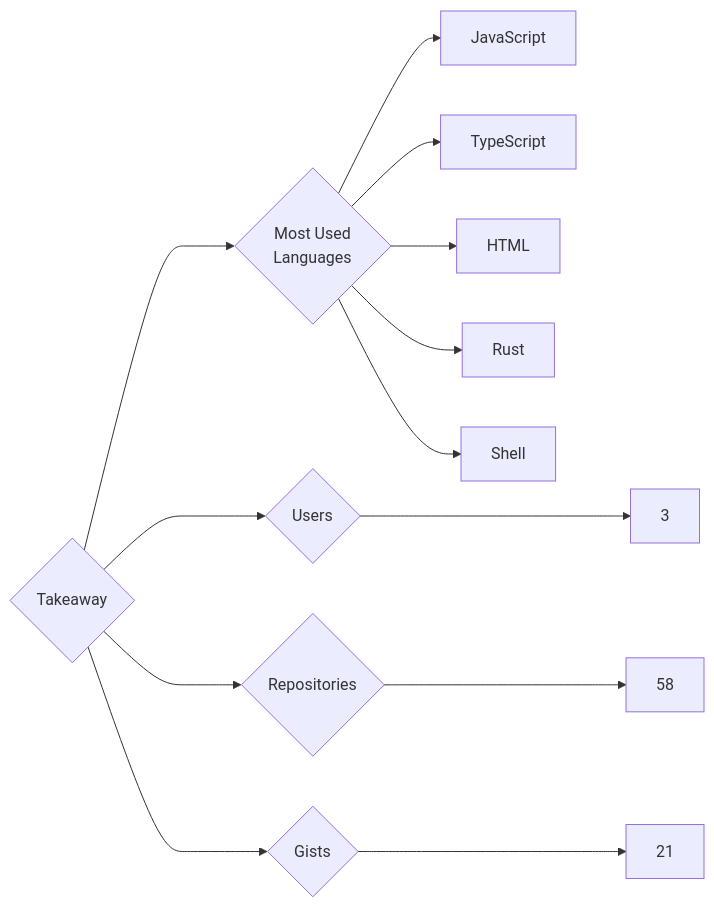
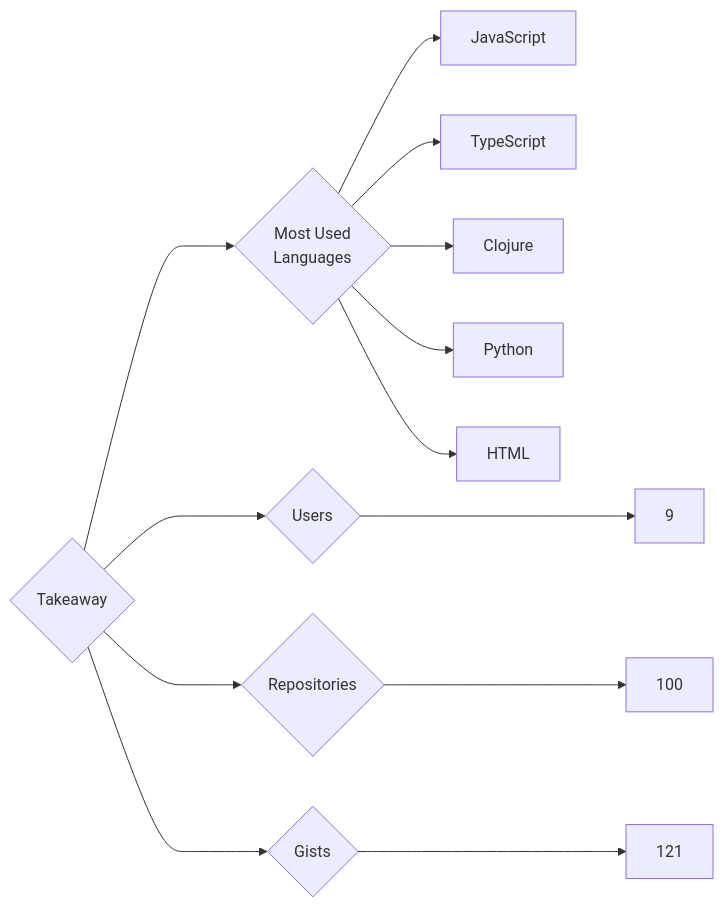
One commit to trickest/insiders changed the diagram in targets/Takeaway/README.md. Above: the diagram before and after it, drawn with Mermaid. The commit also changed 1696 other files, not shown here.

````diff
--- a/targets/Takeaway/README.md
+++ b/targets/Takeaway/README.md
@@ -3,13 +3,13 @@
 ```mermaid
 graph LR
 COMPANY_NAME{Takeaway}
-COMPANY_NAME ---> U{Users} ---> UN[3]
-COMPANY_NAME ---> R{Repositories} ---> RN[58]
-COMPANY_NAME ---> G{Gists} ---> GN[21]
+COMPANY_NAME ---> U{Users} ---> UN[9]
+COMPANY_NAME ---> R{Repositories} ---> RN[100]
+COMPANY_NAME ---> G{Gists} ---> GN[121]
 COMPANY_NAME ---> ML{Most Used<br>Languages}
 ML --> JavaScript[JavaScript]
 ML --> TypeScript[TypeScript]
+ML --> Clojure[Clojure]
+ML --> Python[Python]
 ML --> HTML[HTML]
-ML --> Rust[Rust]
-ML --> Shell[Shell]
 ```
````
